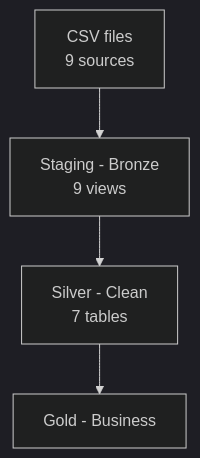
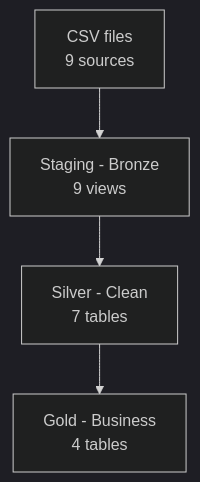
The diagram in README.md (Pranay-DE/olist-dbt-pipeline), drawn with Mermaid (dark theme) before and after one commit.

Commit message:
update README - mark project complete with full documentation

````diff
--- a/README.md
+++ b/README.md
@@ -14,6 +14,6 @@
 ```mermaid
 flowchart TD
     A[CSV files<br/>9 sources] --> B[Staging - Bronze<br/>9 views]
     B --> C[Silver - Clean<br/>7 tables]
-    C --> D[Gold - Business]
+    C --> D[Gold - Business<br/>4 tables]
 ```
````
